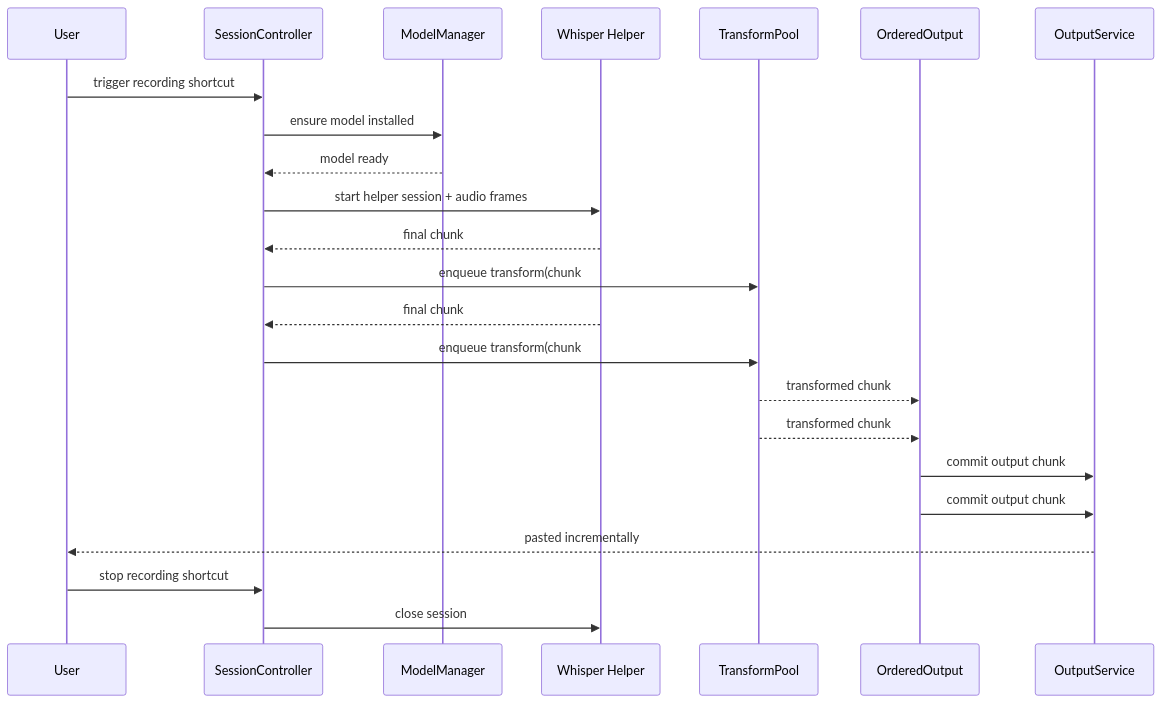
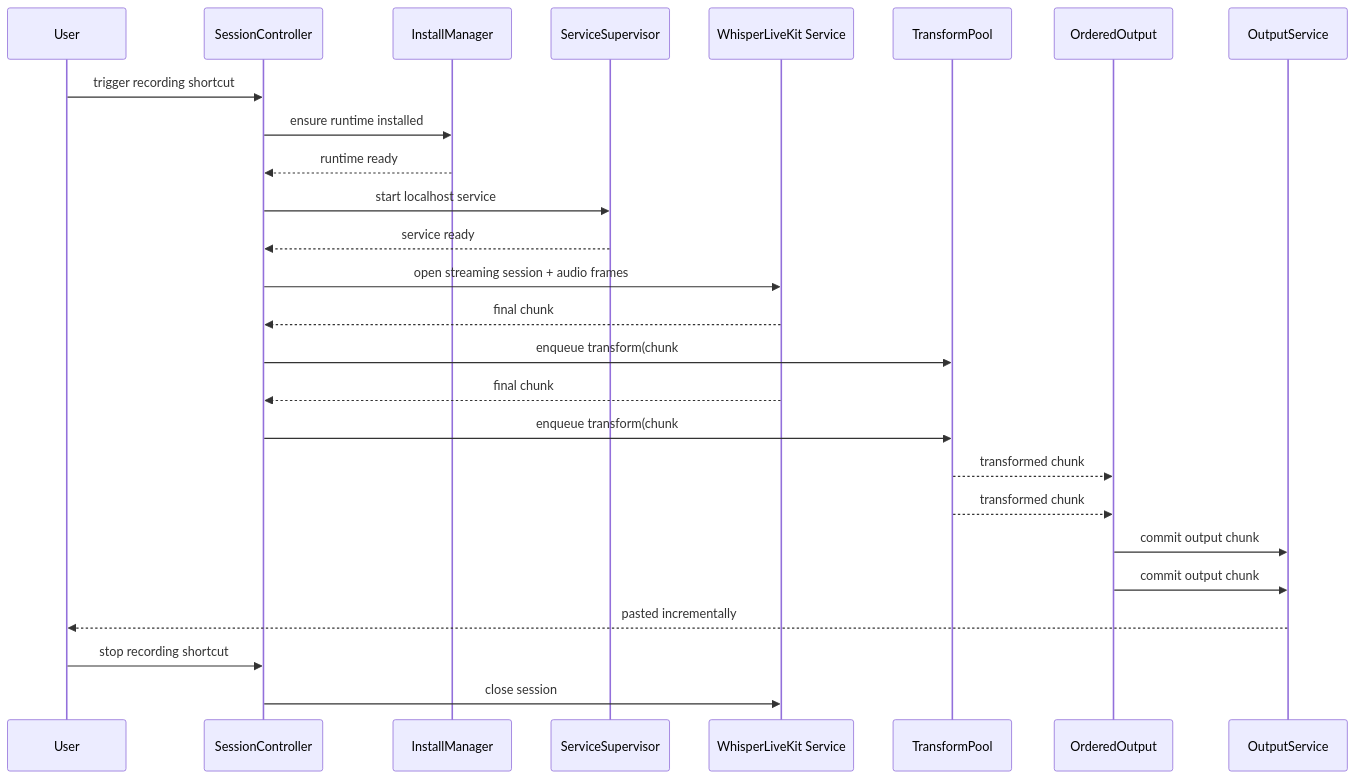
The eighth of 8 diagrams in specs/spec.md (massun-onibakuchi/speech-to-text-app), drawn with Mermaid before and after one commit. The commit also changed other lines of this file and 5 other files, not shown here.

Commit message:
docs: switch local streaming architecture to whisperlivekit

````diff
--- a/specs/spec.md
+++ b/specs/spec.md
@@ -977,26 +984,29 @@
 ```mermaid
 sequenceDiagram
   participant U as User
   participant S as SessionController
-  participant M as ModelManager
-  participant H as Whisper Helper
+  participant I as InstallManager
+  participant V as ServiceSupervisor
+  participant H as WhisperLiveKit Service
   participant T as TransformPool
   participant OC as OrderedOutput
   participant O as OutputService
 
   U->>S: trigger recording shortcut
-  S->>M: ensure model installed
-  M-->>S: model ready
-  S->>H: start helper session + audio frames
+  S->>I: ensure runtime installed
+  I-->>S: runtime ready
+  S->>V: start localhost service
+  V-->>S: service ready
+  S->>H: open streaming session + audio frames
   H-->>S: final chunk #1 text
   S->>T: enqueue transform(chunk #1)
   H-->>S: final chunk #2 text
   S->>T: enqueue transform(chunk #2)
   T-->>OC: transformed chunk #2 (ready first)
   T-->>OC: transformed chunk #1
   OC->>O: commit output chunk #1
   OC->>O: commit output chunk #2
   O-->>U: pasted incrementally
   U->>S: stop recording shortcut
   S->>H: close session
 ```
````
